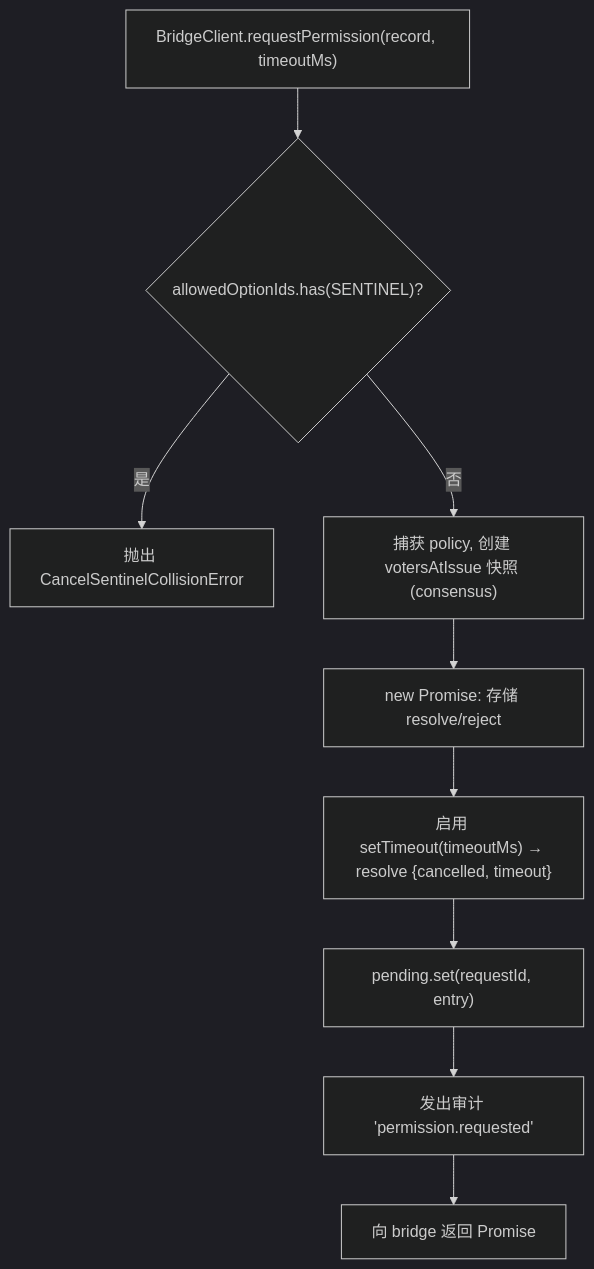
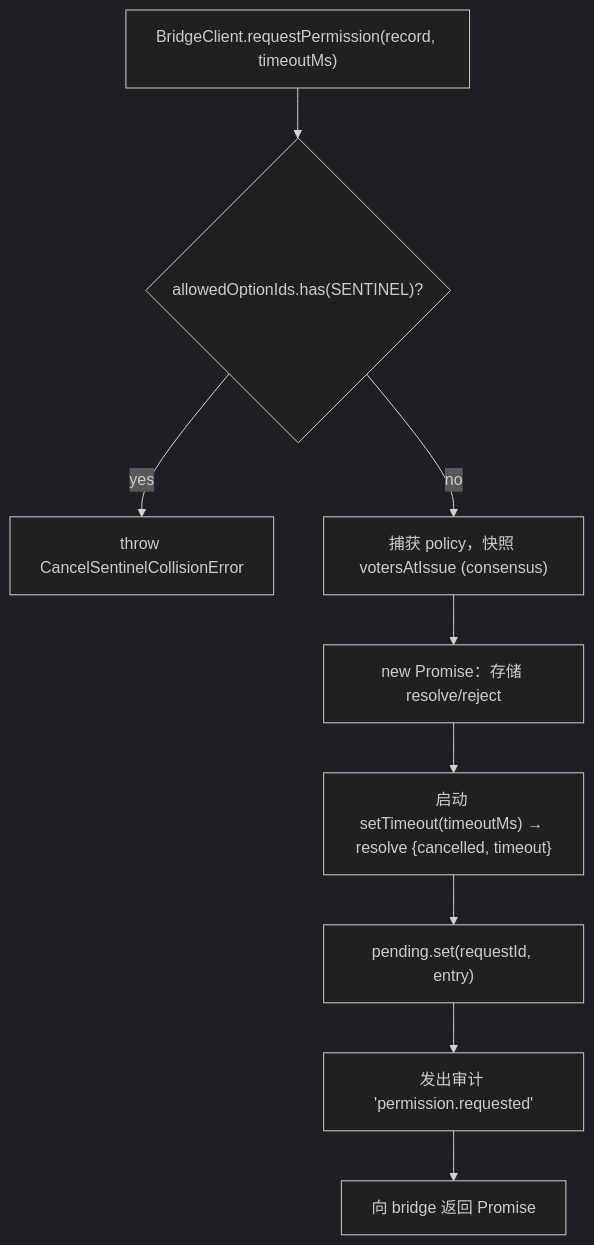
The first of 2 diagrams in website/content/zh/developers/daemon/04-permission-mediation.md (QwenLM/qwen-code-docs), drawn with Mermaid (dark theme) before and after one commit. The commit also changed other lines of this file and 162 other files, not shown here.

````diff
--- a/website/content/zh/developers/daemon/04-permission-mediation.md
+++ b/website/content/zh/developers/daemon/04-permission-mediation.md
@@ -103,11 +105,11 @@
 ```mermaid
 flowchart TD
     A["BridgeClient.requestPermission(record, timeoutMs)"] --> B{"allowedOptionIds.has(SENTINEL)?"}
-    B -->|是| C["抛出 CancelSentinelCollisionError"]
-    B -->|否| D["捕获 policy, 创建 votersAtIssue 快照 (consensus)"]
-    D --> E["new Promise: 存储 resolve/reject"]
-    E --> F["启用 setTimeout(timeoutMs) → resolve {cancelled, timeout}"]
+    B -->|yes| C["throw CancelSentinelCollisionError"]
+    B -->|no| D["捕获 policy，快照 votersAtIssue (consensus)"]
+    D --> E["new Promise：存储 resolve/reject"]
+    E --> F["启动 setTimeout(timeoutMs) → resolve {cancelled, timeout}"]
     F --> G["pending.set(requestId, entry)"]
     G --> H["发出审计 'permission.requested'"]
     H --> I["向 bridge 返回 Promise"]
 ```
````
